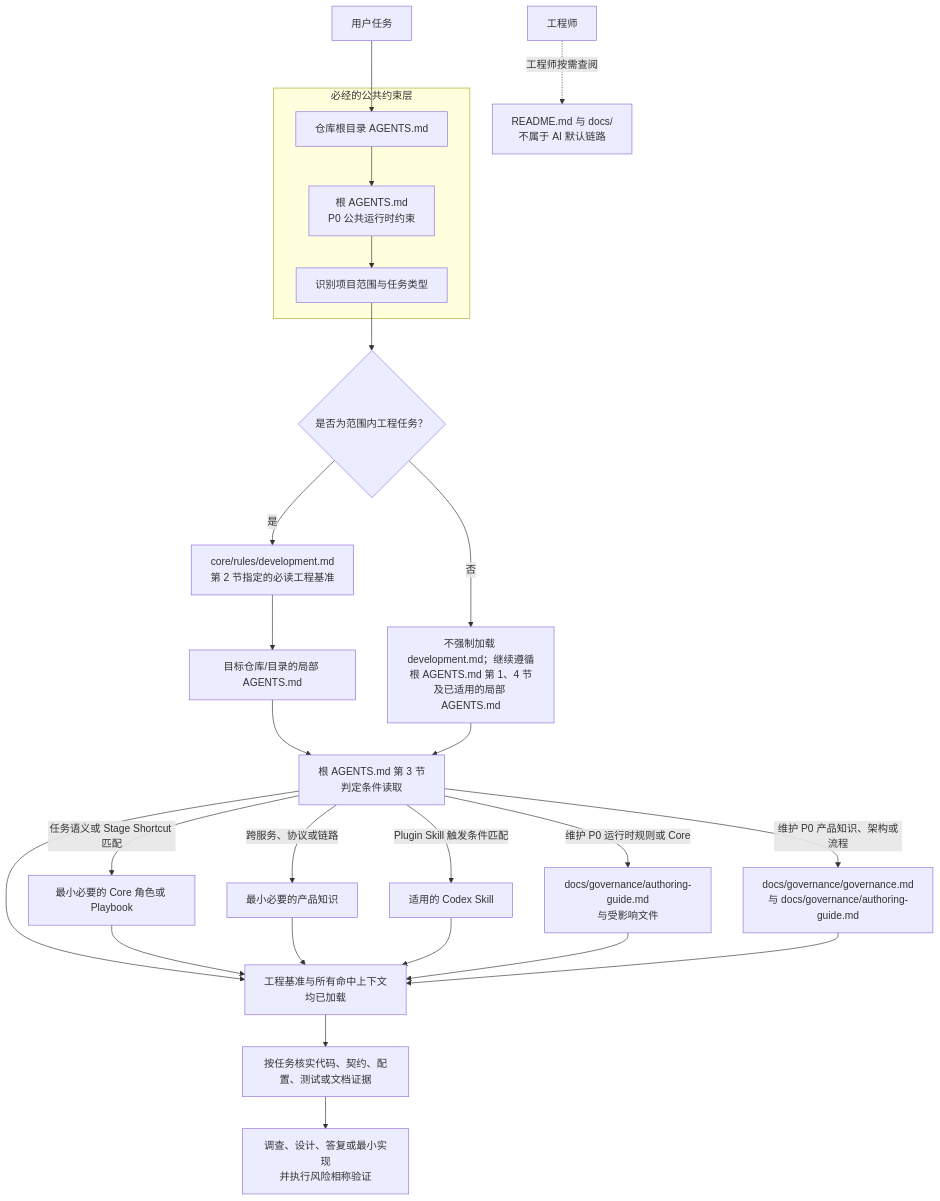
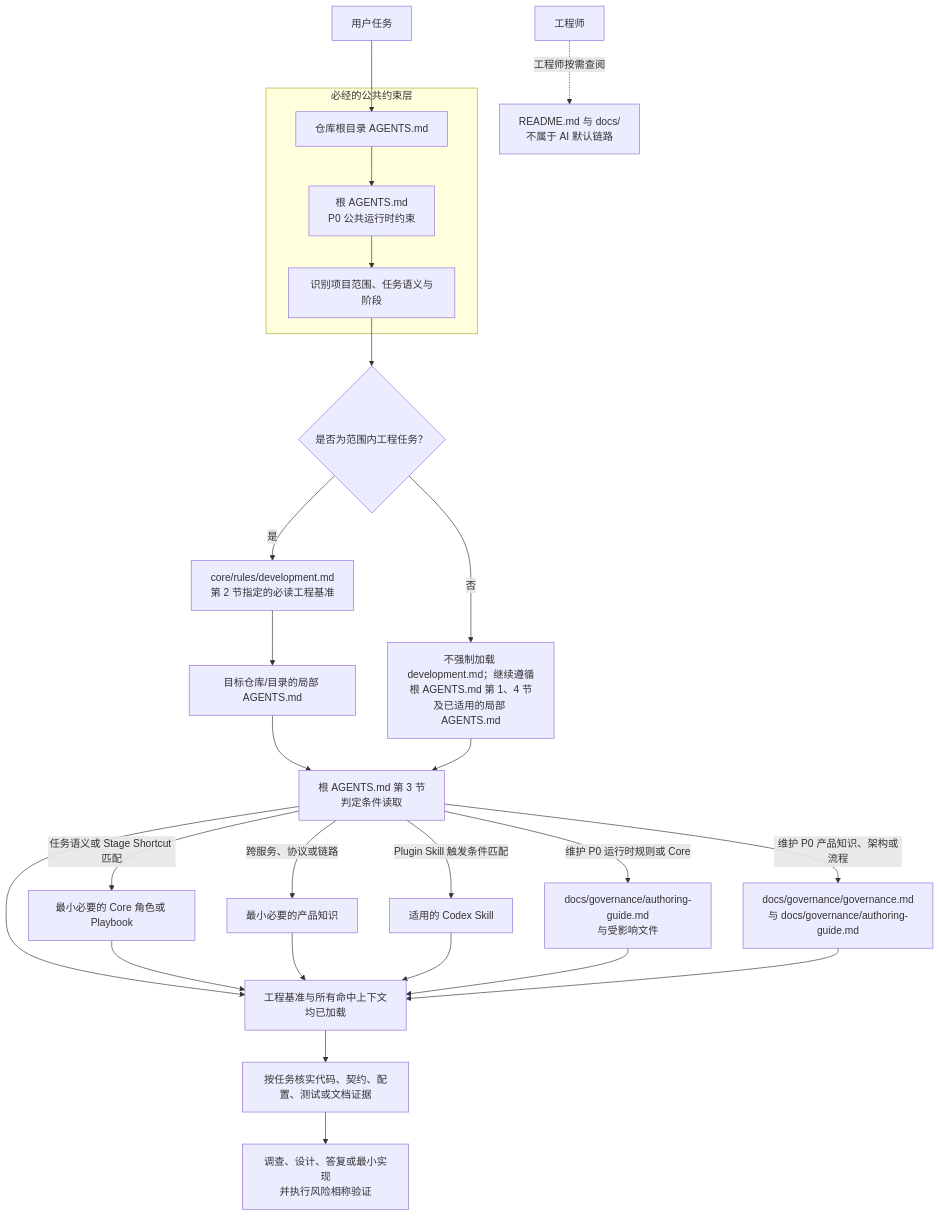
One commit to cnxutu/tu-engineering-workbench changed the first of 2 diagrams in docs/guides/project-guide.md. Above: the diagram before and after it, drawn with Mermaid. The commit also changed 6 other files, not shown here.

````diff
--- a/docs/guides/project-guide.md
+++ b/docs/guides/project-guide.md
@@ -9,30 +9,30 @@
 ```mermaid
 flowchart TD
     U[用户任务] --> R
     subgraph REQUIRED[必经的公共约束层]
         R[仓库根目录 AGENTS.md]
         P01[根 AGENTS.md\nP0 公共运行时约束]
-        S[识别项目范围与任务类型]
+        S[识别项目范围、任务语义与阶段]
         R --> P01 --> S
     end
     S --> W{是否为范围内工程任务？}
     W -->|是| D[core/rules/development.md\n第 2 节指定的必读工程基准]
     D --> L[目标仓库/目录的局部 AGENTS.md]
     L --> B[根 AGENTS.md 第 3 节\n判定条件读取]
     B -->|任务语义或 Stage Shortcut 匹配| CR[最小必要的 Core 角色或 Playbook]
     B -->|跨服务、协议或链路| PK[最小必要的产品知识]
     B -->|Plugin Skill 触发条件匹配| SK[适用的 Codex Skill]
     B -->|维护 P0 运行时规则或 Core| RG[docs/governance/authoring-guide.md\n与受影响文件]
     B -->|维护 P0 产品知识、架构或流程| MG[docs/governance/governance.md\n与 docs/governance/authoring-guide.md]
     B --> C[工程基准与所有命中上下文\n均已加载]
     CR --> C
     PK --> C
     SK --> C
     RG --> C
     MG --> C
     C --> E[按任务核实代码、契约、配置、测试或文档证据]
     E --> I[调查、设计、答复或最小实现\n并执行风险相称验证]
     W -->|否| A[不强制加载 development.md；继续遵循\n根 AGENTS.md 第 1、4 节\n及已适用的局部 AGENTS.md]
     A --> B
     M[工程师] -. 工程师按需查阅 .-> H[README.md 与 docs/\n不属于 AI 默认链路]
 ```
````
